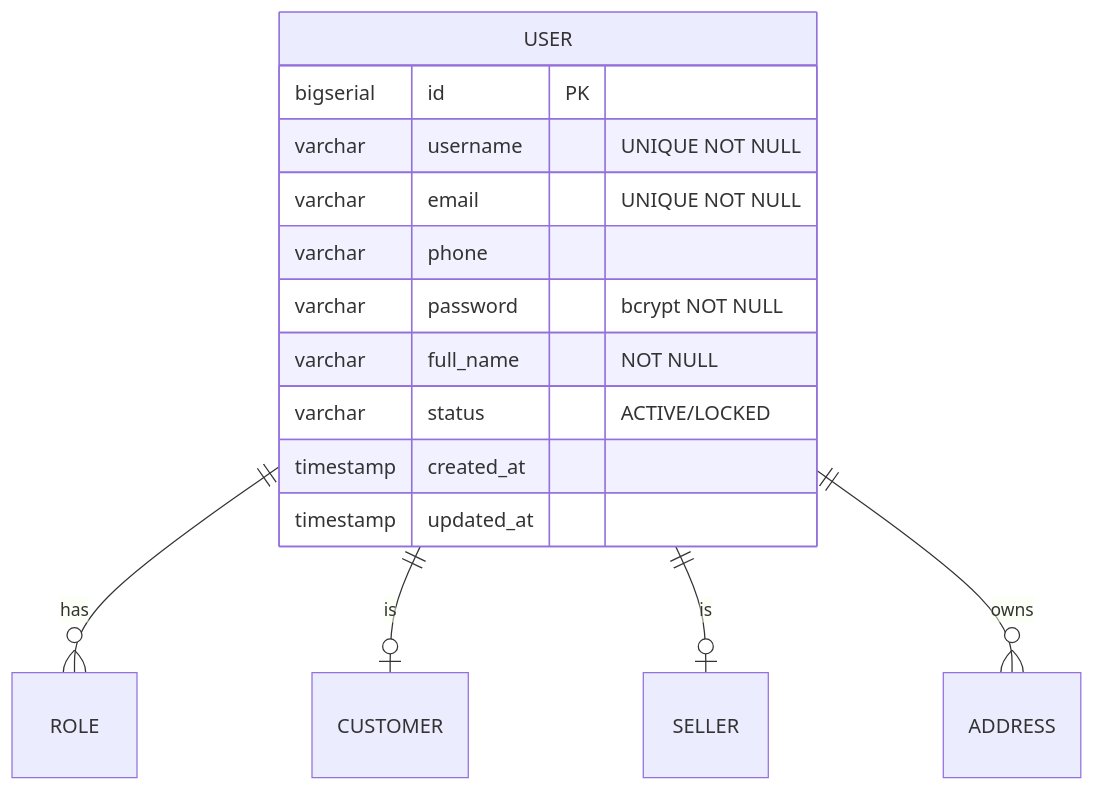
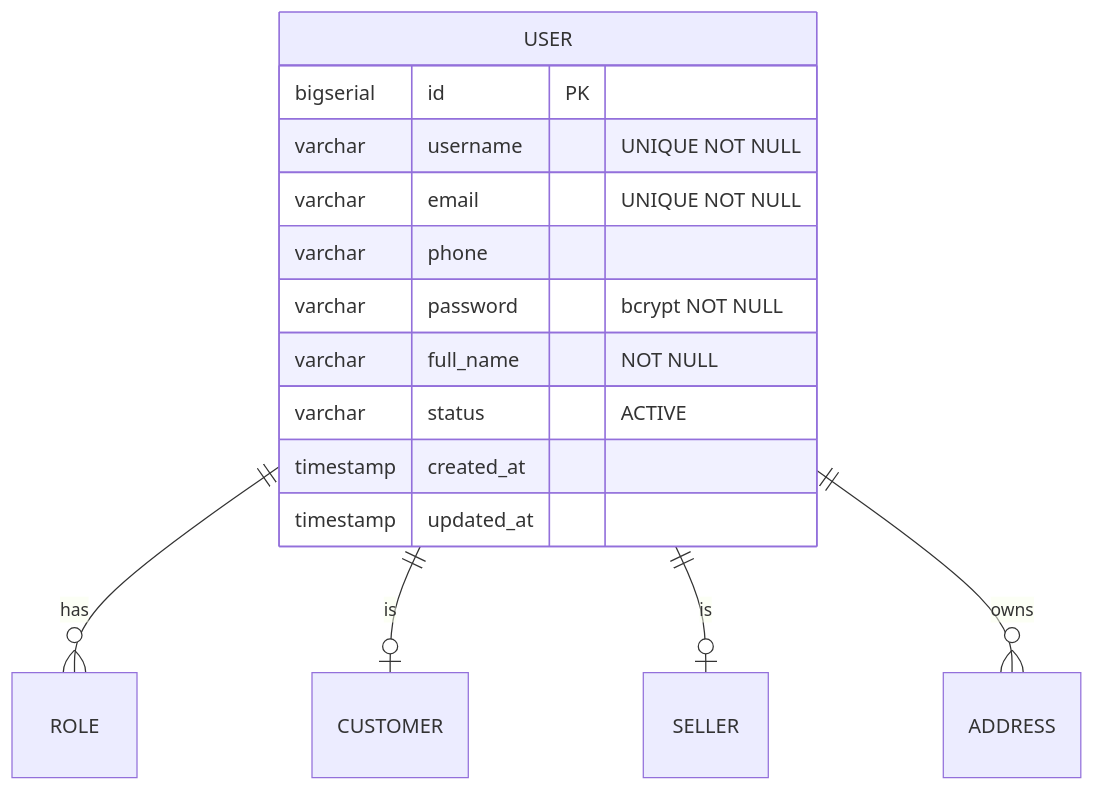
The diagram in documents/data-models/identity-service/entity-user.md (ldqanh1408/stealing-from-paradise), drawn with Mermaid before and after one commit. The commit also changed other lines of this file and 326 other files, not shown here.

````diff
--- a/documents/data-models/identity-service/entity-user.md
+++ b/documents/data-models/identity-service/entity-user.md
@@ -6,18 +6,18 @@
 ```mermaid
 erDiagram
     USER ||--o{ ROLE : "has"
     USER ||--o| CUSTOMER : "is"
     USER ||--o| SELLER : "is"
     USER ||--o{ ADDRESS : "owns"
     USER {
         bigserial id PK
         varchar username "UNIQUE NOT NULL"
         varchar email "UNIQUE NOT NULL"
         varchar phone
         varchar password "bcrypt NOT NULL"
         varchar full_name "NOT NULL"
-        varchar status "ACTIVE/LOCKED"
+        varchar status "ACTIVE"
         timestamp created_at
         timestamp updated_at
     }
 ```
````
